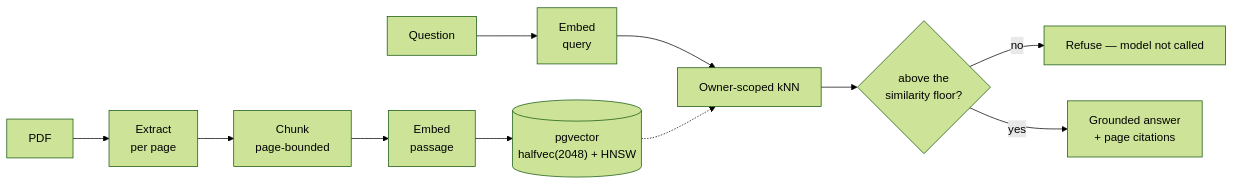
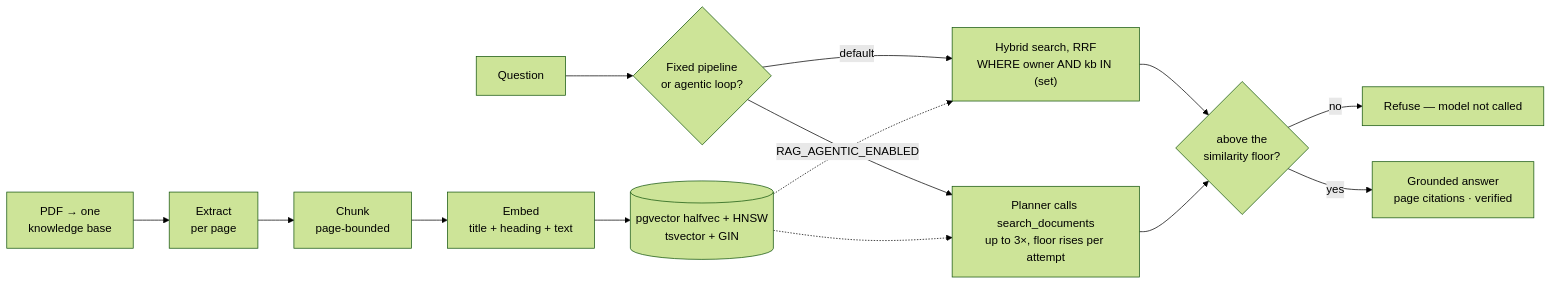
The second of 2 diagrams in README.md (devdaviddr/nextjs-rag-boilerplate), drawn with Mermaid (forest theme) before and after one commit. The commit also changed other lines of this file and 7 other files, not shown here.

````diff
--- a/README.md
+++ b/README.md
@@ -143,9 +143,13 @@
 ```mermaid
 flowchart LR
-    U["PDF"] --> X["Extract<br>per page"] --> C["Chunk<br>page-bounded"] --> E["Embed<br>passage"] --> S[("pgvector<br>halfvec(2048) + HNSW")]
-    Q["Question"] --> EQ["Embed<br>query"] --> K["Owner-scoped kNN"]
+    U["PDF → one<br>knowledge base"] --> X["Extract<br>per page"] --> C["Chunk<br>page-bounded"] --> E["Embed<br>title + heading + text"] --> S[("pgvector halfvec + HNSW<br>tsvector + GIN")]
+    Q["Question"] --> R{"Fixed pipeline<br>or agentic loop?"}
+    R -->|"default"| K["Hybrid search, RRF<br>WHERE owner AND kb IN (set)"]
+    R -->|"RAG_AGENTIC_ENABLED"| L["Planner calls search_documents<br>up to 3×, floor rises per attempt"]
     S -.-> K
+    S -.-> L
     K --> F{"above the<br>similarity floor?"}
-    F -->|no| R["Refuse — model not called"]
-    F -->|yes| A["Grounded answer<br>+ page citations"]
+    L --> F
+    F -->|no| N["Refuse — model not called"]
+    F -->|yes| A["Grounded answer<br>page citations · verified"]
 ```
````
